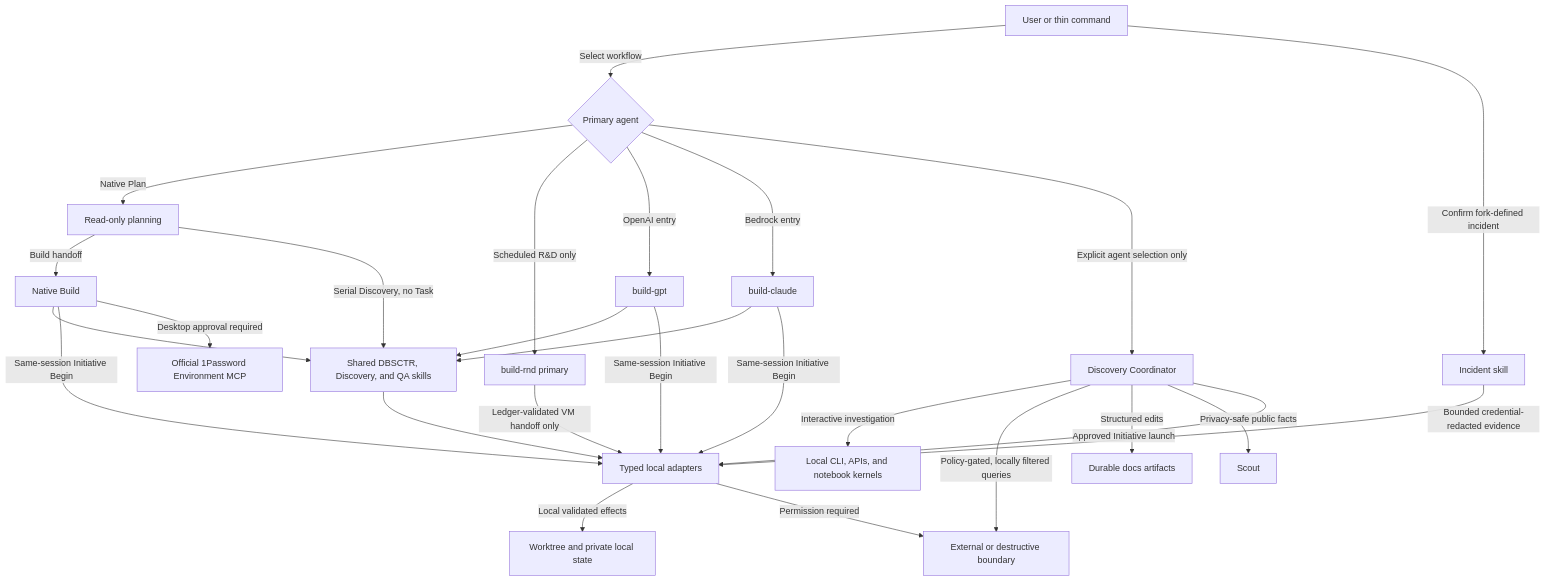
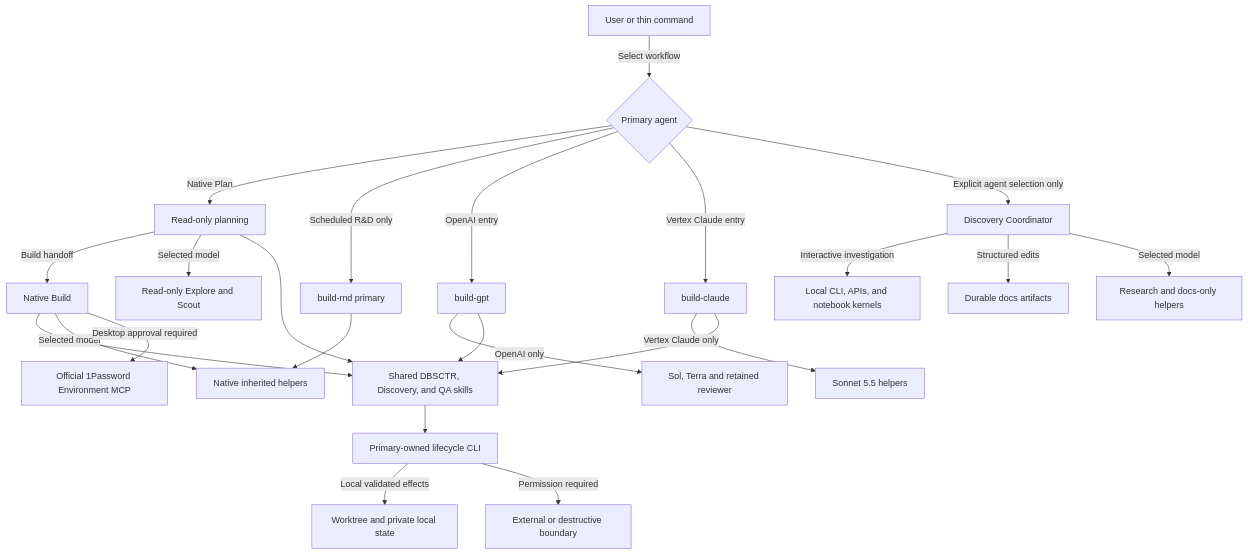
One commit to Saltiola7/dotfiles-ai changed the first of 3 diagrams in docs/specs/opencode_control_plane/README.md. Above: the diagram before and after it, drawn with Mermaid. The commit also changed other lines of this file and 24 other files, not shown here.

Commit message:
feat(opencode): restore bounded native helpers

````diff
--- a/docs/specs/opencode_control_plane/README.md
+++ b/docs/specs/opencode_control_plane/README.md
@@ -327,31 +335,28 @@
 ```mermaid
 flowchart TD
     accTitle: OpenCode provider-affine control plane
-    accDescr: Ordinary Discovery and DBSCTR retain the selected primary and execute directly without Task or child sessions. Plan requests Build mode in the same conversation for writes. Only explicit coordinator selection enables configured child orchestration. Shared typed adapters preserve lifecycle authorization and external-write boundaries independently of executable lookup.
+    accDescr: Primaries retain lifecycle ownership and delegate bounded helpers under native role and provider allowlists. Plan children are read-only. Discovery children research or write docs. Build integrates and validates helper results. Independent slice orchestration is deferred.
     U[User or thin command] -->|Select workflow| P{Primary agent}
     P -->|Native Plan| N[Read-only planning]
     N -->|Build handoff| B[Native Build]
     P -->|Scheduled R&D only| BR[build-rnd primary]
     P -->|OpenAI entry| G[build-gpt]
-    P -->|Bedrock entry| C[build-claude]
+    P -->|Vertex Claude entry| C[build-claude]
     P -->|Explicit agent selection only| D[Discovery Coordinator]
     D -->|Interactive investigation| LCLI[Local CLI, APIs, and notebook kernels]
-    D -->|Policy-gated, locally filtered queries| E
     D -->|Structured edits| Q[Durable docs artifacts]
-    D -->|Privacy-safe public facts| R[Scout]
-    N -->|Serial Discovery, no Task| S
+    D -->|Selected model| DH[Research and docs-only helpers]
+    N -->|Selected model| RH[Read-only Explore and Scout]
+    N --> S
     B --> S[Shared DBSCTR, Discovery, and QA skills]
-    BR -->|Ledger-validated VM handoff only| T
+    B -->|Selected model| H[Native inherited helpers]
+    BR --> H
+    G -->|OpenAI only| GH[Sol, Terra and retained reviewer]
+    C -->|Vertex Claude only| CH[Sonnet 5.5 helpers]
     G --> S
     C --> S
-    D -->|Approved Initiative launch| T
-    B -->|Same-session Initiative Begin| T
-    G -->|Same-session Initiative Begin| T
-    C -->|Same-session Initiative Begin| T
-    U -->|Confirm fork-defined incident| INC[Incident skill]
-    INC -->|Bounded credential-redacted evidence| T
-    S --> T[Typed local adapters]
+    S --> T[Primary-owned lifecycle CLI]
     T -->|Local validated effects| W[Worktree and private local state]
     T -->|Permission required| E[External or destructive boundary]
     B -->|Desktop approval required| M[Official 1Password Environment MCP]
 ```
````
